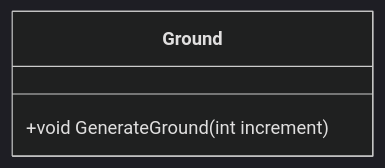
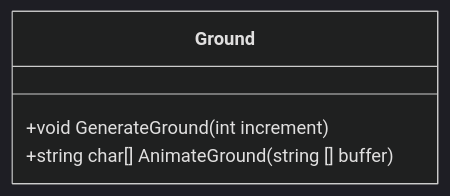
One commit to NexusWeave/MVP-FlappyBird-cs changed the sixth of 7 diagrams in dokumentasjon/diagram/klasse-diagram.md. Above: the diagram before and after it, drawn with Mermaid (dark theme). The commit also changed other lines of this file, not shown here.

Commit message:
Rename 'Score' class to 'Background' and update its method definition in klasse-diagram.md

````diff
--- a/dokumentasjon/diagram/klasse-diagram.md
+++ b/dokumentasjon/diagram/klasse-diagram.md
@@ -87,8 +87,9 @@
 ```mermaid
     classDiagram
         direction TD
 
         class Ground {
             +void GenerateGround(int increment)
+            +string char[] AnimateGround(string [] buffer)
         }
 ```
````
